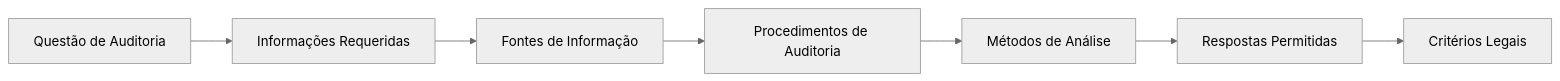
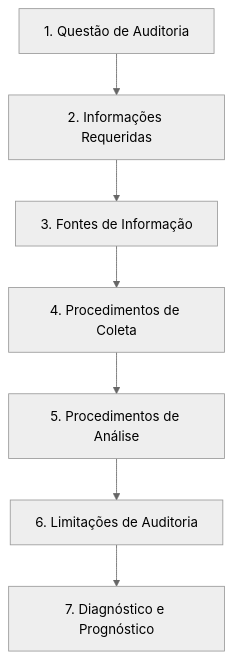
Before and after one commit to gilsonnogueira/OpenConcursos: the second of 5 diagrams in docs/19-auditoria/05-auditoria-governamental-e-setor-publico/02-matriz-de-planejamento-achados-e-responsabilizacao.md, drawn with Mermaid (neutral theme). The commit also changed other lines of this file and 17 other files, not shown here.

Commit message:
style(diagrams): verticaliza todos os diagramas Mermaid para legibilidade em painel vertical

````diff
--- a/docs/19-auditoria/05-auditoria-governamental-e-setor-publico/02-matriz-de-planejamento-achados-e-responsabilizacao.md
+++ b/docs/19-auditoria/05-auditoria-governamental-e-setor-publico/02-matriz-de-planejamento-achados-e-responsabilizacao.md
@@ -45,9 +45,9 @@
 ```mermaid
-graph LR
-    QA["Questão de Auditoria"] --> IR["Informações Requeridas"]
-    IR --> FI["Fontes de Informação"]
-    FI --> PA["Procedimentos de Auditoria"]
-    PA --> MA["Métodos de Análise"]
-    MA --> RP["Respostas Permitidas"]
-    RP --> CR["Critérios Legais"]
+flowchart TD
+    QA["1. Questão de Auditoria"] --> IR["2. Informações Requeridas"]
+    IR --> FI["3. Fontes de Informação"]
+    FI --> PC["4. Procedimentos de Coleta"]
+    PC --> PA["5. Procedimentos de Análise"]
+    PA --> LI["6. Limitações de Auditoria"]
+    LI --> DP["7. Diagnóstico e Prognóstico"]
 ```
````
